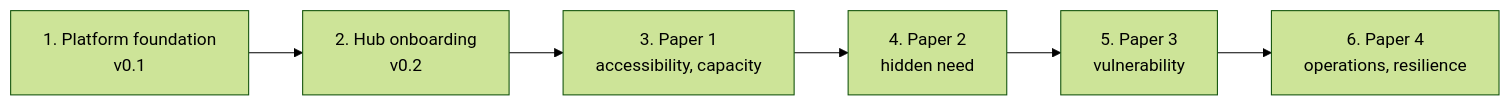
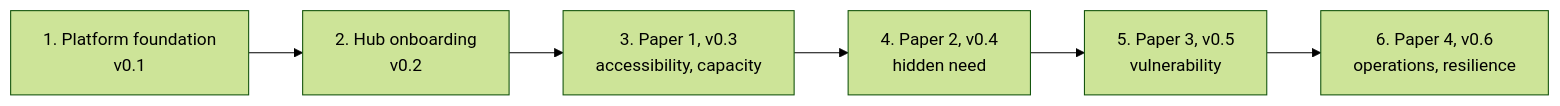
One commit to SolidarityNode/snode changed the diagram in docs/roadmap.md. Above: the diagram before and after it, drawn with Mermaid (forest theme). The commit also changed other lines of this file and 3 other files, not shown here.

````diff
--- a/docs/roadmap.md
+++ b/docs/roadmap.md
@@ -5,8 +5,8 @@
 ```mermaid
 flowchart LR
     F["1. Platform foundation<br/>v0.1"] --> H["2. Hub onboarding<br/>v0.2"]
-    H --> P1["3. Paper 1<br/>accessibility, capacity"]
-    P1 --> P2["4. Paper 2<br/>hidden need"]
-    P2 --> P3["5. Paper 3<br/>vulnerability"]
-    P3 --> P4["6. Paper 4<br/>operations, resilience"]
+    H --> P1["3. Paper 1, v0.3<br/>accessibility, capacity"]
+    P1 --> P2["4. Paper 2, v0.4<br/>hidden need"]
+    P2 --> P3["5. Paper 3, v0.5<br/>vulnerability"]
+    P3 --> P4["6. Paper 4, v0.6<br/>operations, resilience"]
 ```
````
